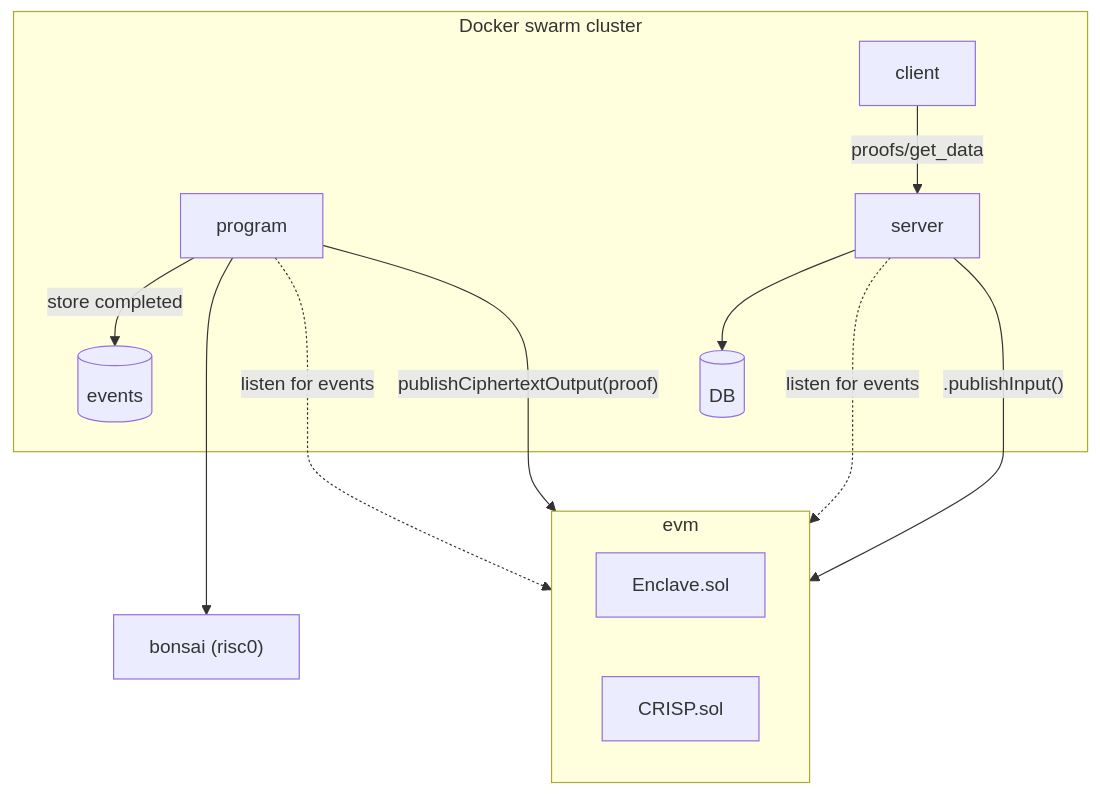
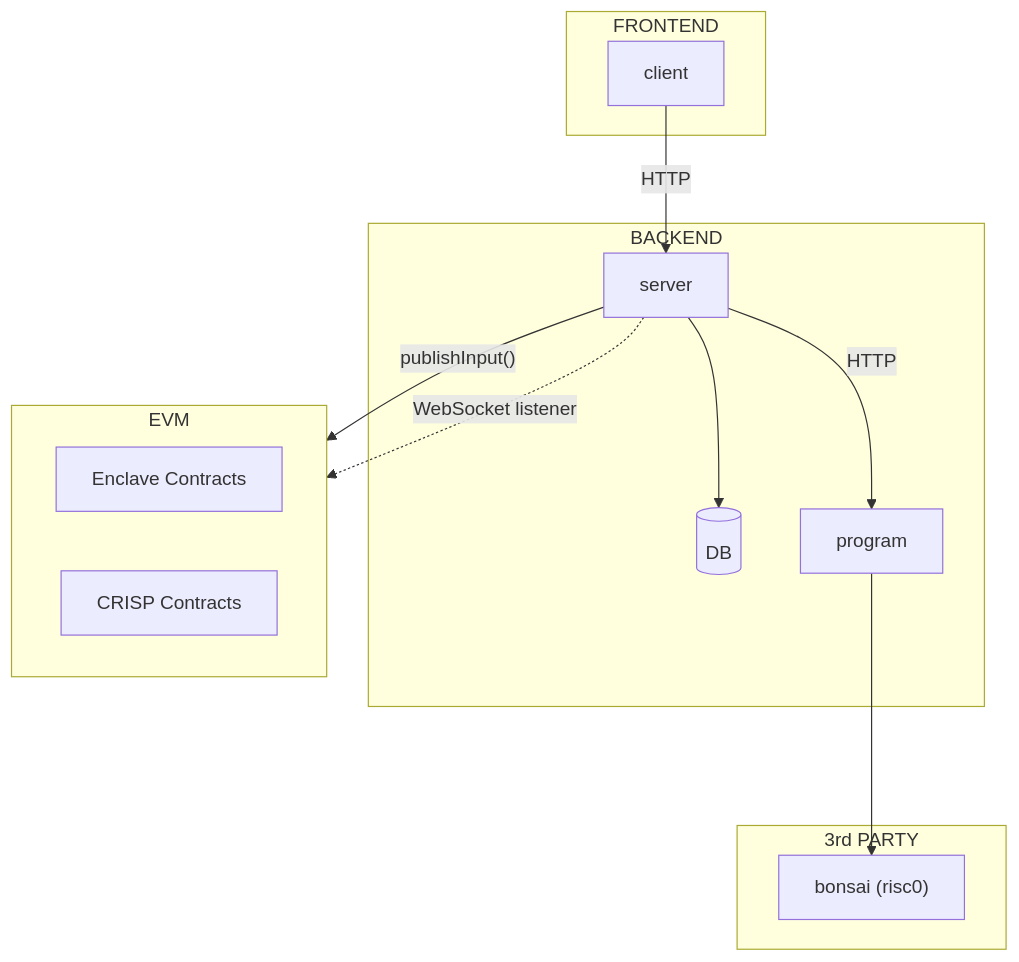
Before and after one commit to theinterfold/CRISP: the diagram in apps/program/README.md, drawn with Mermaid. The commit also changed other lines of this file and 1 other file, not shown here.

Commit message:
Update readme for program (#442)
* Update architecture diagram

* Update docs

* Update README.md

* Update README.md

* Update README.md

* Update Readme.md

````diff
--- a/apps/program/README.md
+++ b/apps/program/README.md
@@ -11,21 +10,26 @@
 ```mermaid
 graph TD
-  subgraph ec2_1["Docker swarm cluster"]
-    compute_engine["program"]--store completed--> cpdb[(events)]
+  subgraph frontend["FRONTEND"]
+    client
+  end
+  subgraph ec2_1["BACKEND"]
     server["server"] --> db
     db[(DB)]
-    client --"proofs/get_data"--> server
 
+    server --HTTP--> program
   end
-  compute_engine ---> bonsai
-  compute_engine -."listen for events".-> evm
-  compute_engine -- "publishCiphertextOutput(proof)" ---> evm
+  subgraph thirdparty["3rd PARTY"]
+    bonsai
+  end
+  client --"HTTP"--> server
+  program ---> bonsai
 
   bonsai["bonsai (risc0)"]
-  server -. "listen for events" ..-> evm
-  server --".publishInput()"--> evm
-  subgraph evm
-    esol1["Enclave.sol"]
-    csol1["CRISP.sol"]
+
+  server --"publishInput()"--> evm
+  subgraph evm["EVM"]
+    esol1["Enclave Contracts"]
+    csol1["CRISP Contracts"]
   end
+  server -. "WebSocket listener" .-> evm
 ```
````
